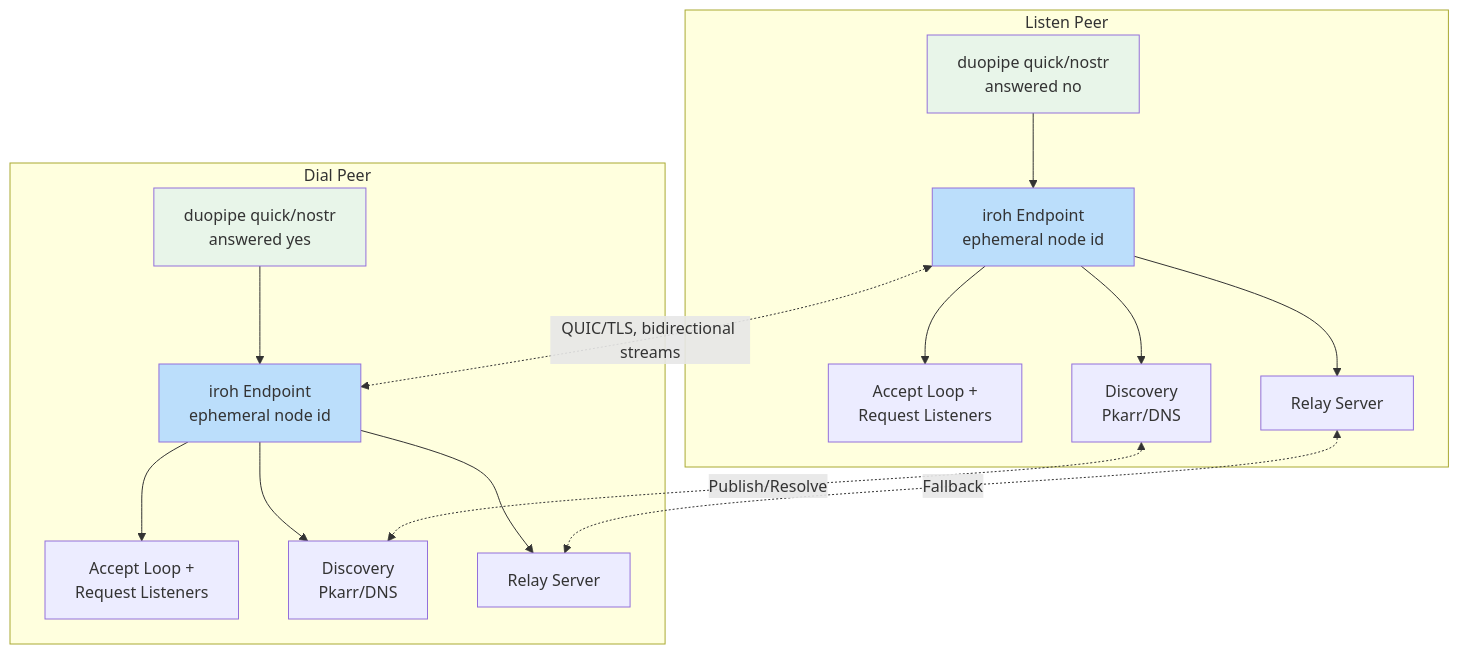
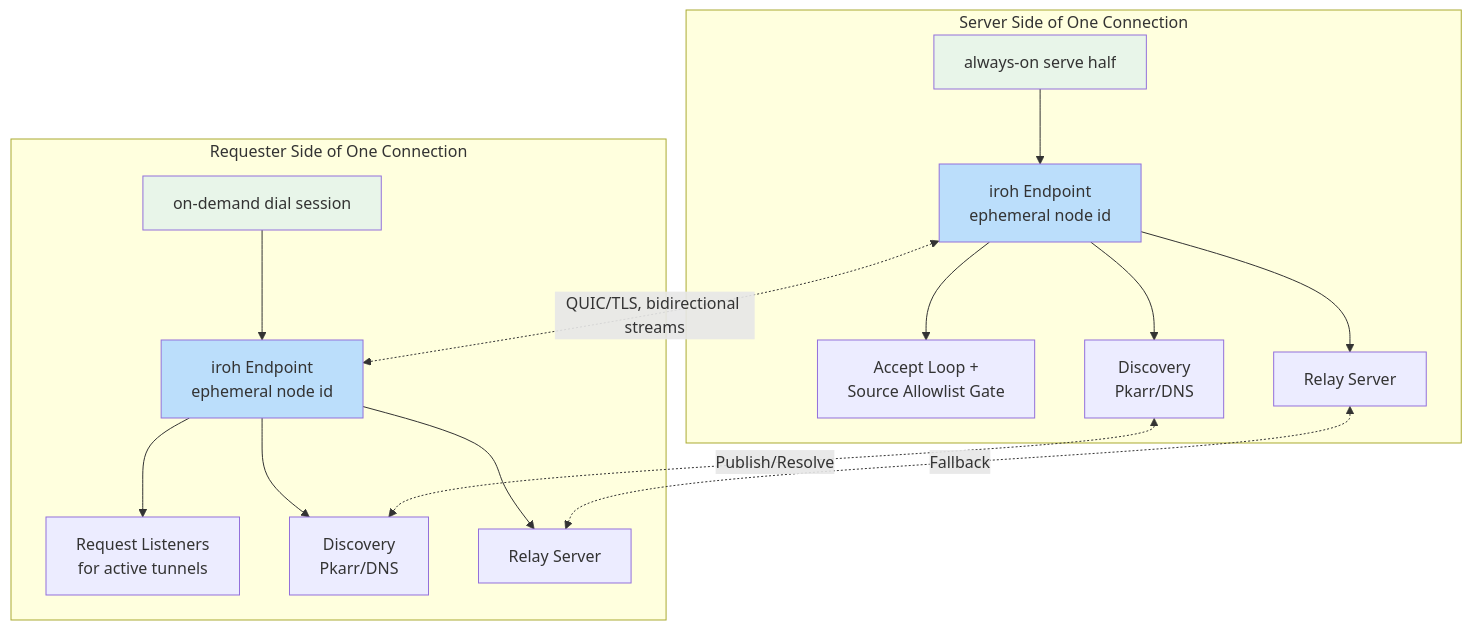
The fifth of 24 diagrams in docs/ARCHITECTURE.md (andrewtheguy/duopipe), drawn with Mermaid before and after one commit. The commit also changed other lines of this file and 6 other files, not shown here.

Commit message:
docs: update README and architecture documentation to clarify interactive peer roles and dial session handling

````diff
--- a/docs/ARCHITECTURE.md
+++ b/docs/ARCHITECTURE.md
@@ -163,37 +163,37 @@
 ```mermaid
 graph TB
-    subgraph "Listen Peer"
-        A[duopipe quick/nostr<br/>answered no]
+    subgraph "Server Side of One Connection"
+        A[always-on serve half]
         B[iroh Endpoint<br/>ephemeral node id]
-        C[Accept Loop +<br/>Request Listeners]
+        C[Accept Loop +<br/>Source Allowlist Gate]
         D[Discovery<br/>Pkarr/DNS]
         E[Relay Server]
     end
 
-    subgraph "Dial Peer"
-        F[duopipe quick/nostr<br/>answered yes]
+    subgraph "Requester Side of One Connection"
+        F[on-demand dial session]
         G[iroh Endpoint<br/>ephemeral node id]
-        H[Accept Loop +<br/>Request Listeners]
+        H[Request Listeners<br/>for active tunnels]
         I[Discovery<br/>Pkarr/DNS]
         J[Relay Server]
     end
 
     A --> B
     B --> C
     B --> D
     B --> E
 
     F --> G
     G --> H
     G --> I
     G --> J
 
     B <-.QUIC/TLS, bidirectional streams.-> G
     D <-.Publish/Resolve.-> I
     E <-.Fallback.-> J
 
     style A fill:#E8F5E9
     style F fill:#E8F5E9
     style B fill:#BBDEFB
     style G fill:#BBDEFB
 ```
````
